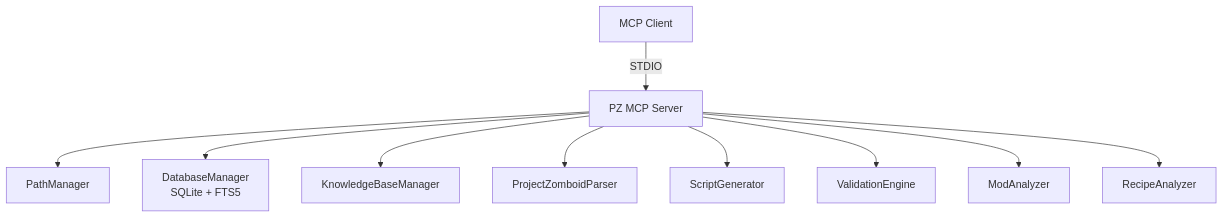
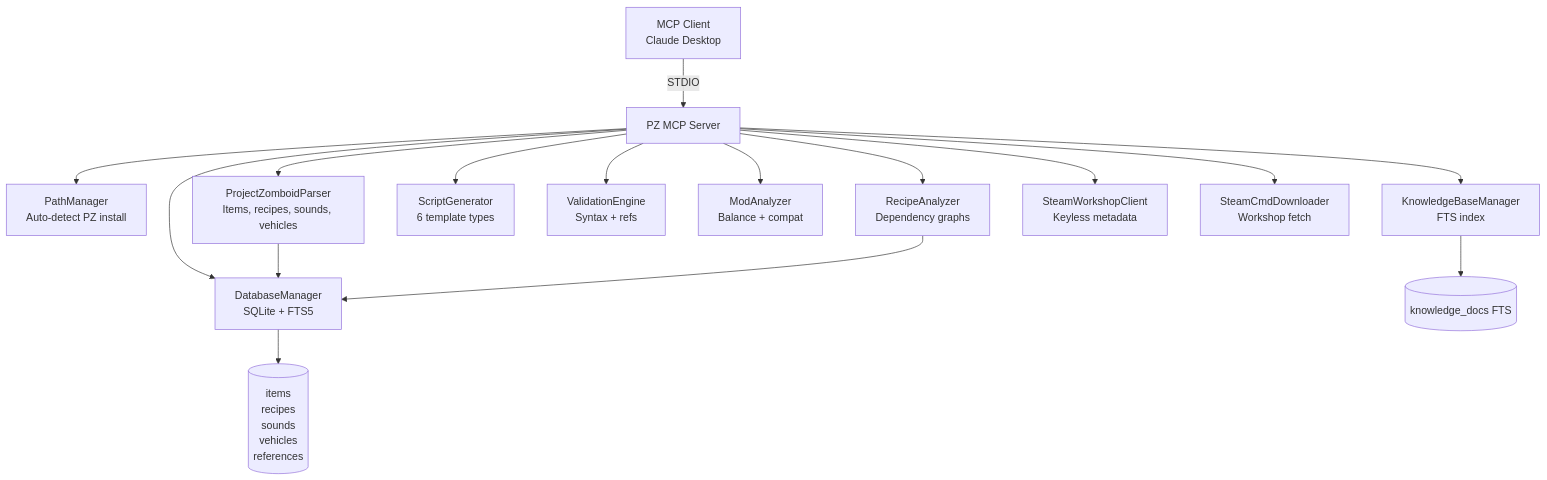
Before and after one commit to shakoorpour1991-sketch/pz-mcp-server: the diagram in README.md, drawn with Mermaid. The commit also changed other lines of this file and 4 other files, not shown here.

````diff
--- a/README.md
+++ b/README.md
@@ -113,12 +123,19 @@
 ```mermaid
 graph TD
-    A[MCP Client] -->|STDIO| B[PZ MCP Server]
-    B --> C[PathManager]
+    A[MCP Client<br/>Claude Desktop] -->|STDIO| B[PZ MCP Server]
+    B --> C[PathManager<br/>Auto-detect PZ install]
     B --> D[DatabaseManager<br/>SQLite + FTS5]
-    B --> E[KnowledgeBaseManager]
-    B --> F[ProjectZomboidParser]
-    B --> G[ScriptGenerator]
-    B --> H[ValidationEngine]
-    B --> I[ModAnalyzer]
-    B --> J[RecipeAnalyzer]
+    B --> E[KnowledgeBaseManager<br/>FTS index]
+    B --> F[ProjectZomboidParser<br/>Items, recipes, sounds, vehicles]
+    B --> G[ScriptGenerator<br/>6 template types]
+    B --> H[ValidationEngine<br/>Syntax + refs]
+    B --> I[ModAnalyzer<br/>Balance + compat]
+    B --> J[RecipeAnalyzer<br/>Dependency graphs]
+    B --> K[SteamWorkshopClient<br/>Keyless metadata]
+    B --> L[SteamCmdDownloader<br/>Workshop fetch]
+    
+    D --> M[(items<br/>recipes<br/>sounds<br/>vehicles<br/>references)]
+    E --> N[(knowledge_docs FTS)]
+    F --> D
+    J --> D
 ```
````
